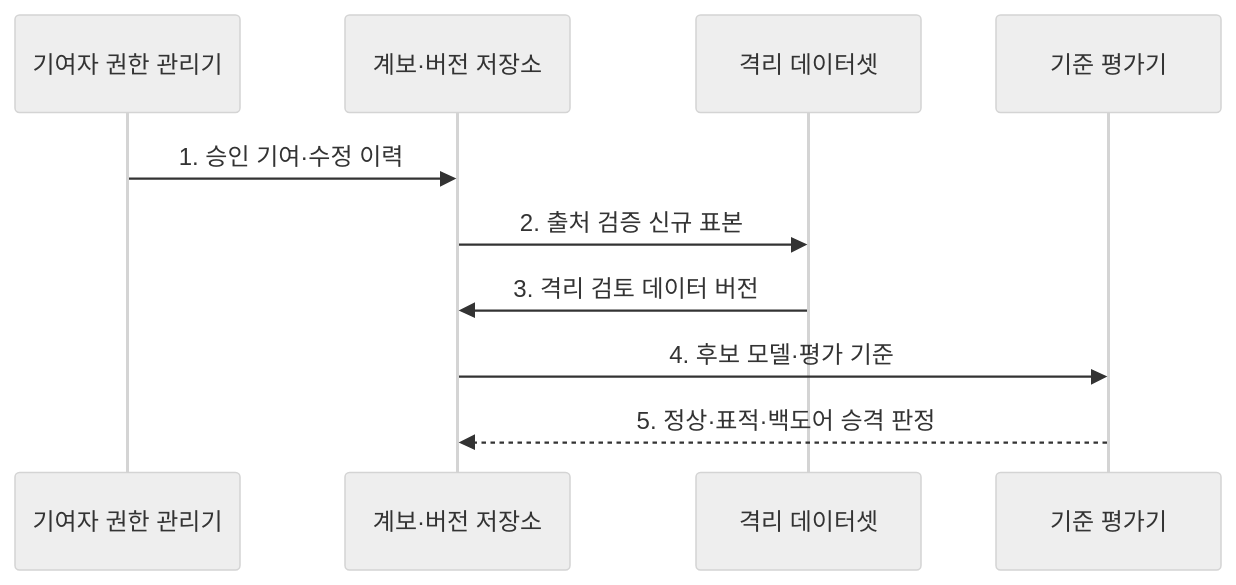
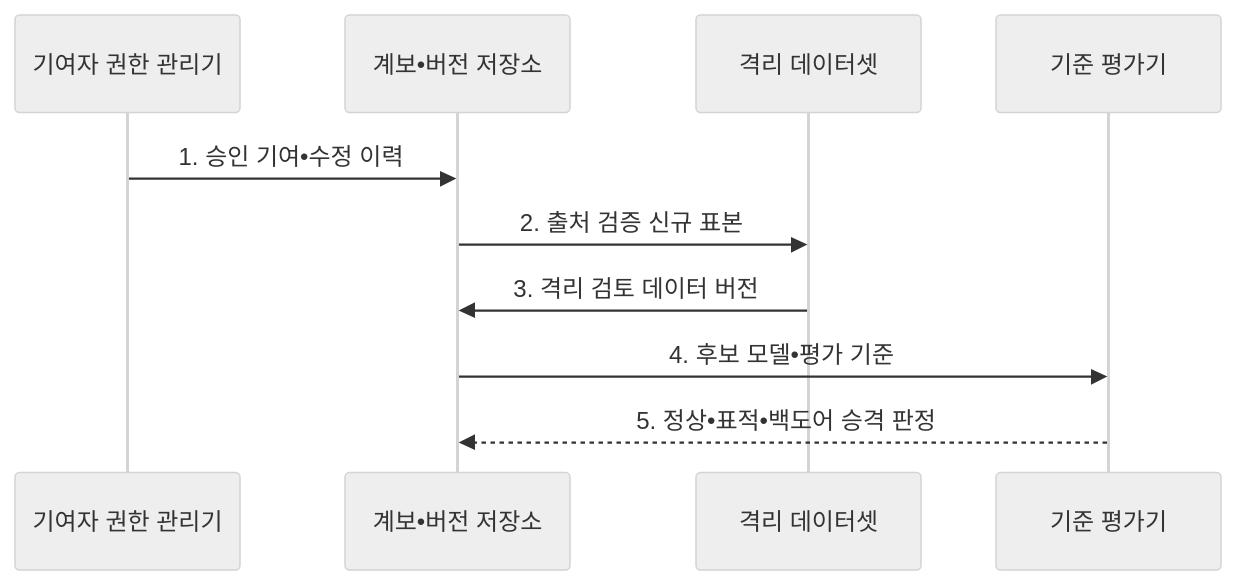
The second of 2 diagrams in src/content/docs/notes/08-latest-tech/121_data_poisoning.md (agnusdei1207/knowledge-base), drawn with Mermaid (neutral theme) before and after one commit. The commit also changed other lines of this file and 953 other files, not shown here.

````diff
--- a/src/content/docs/notes/08-latest-tech/121_data_poisoning.md
+++ b/src/content/docs/notes/08-latest-tech/121_data_poisoning.md
@@ -104,12 +104,12 @@
 ```mermaid
 sequenceDiagram
   participant A as 기여자 권한 관리기
-  participant L as 계보·버전 저장소
+  participant L as 계보•버전 저장소
   participant Q as 격리 데이터셋
   participant E as 기준 평가기
-  A->>L: 1. 승인 기여·수정 이력
+  A->>L: 1. 승인 기여•수정 이력
   L->>Q: 2. 출처 검증 신규 표본
   Q->>L: 3. 격리 검토 데이터 버전
-  L->>E: 4. 후보 모델·평가 기준
-  E-->>L: 5. 정상·표적·백도어 승격 판정
+  L->>E: 4. 후보 모델•평가 기준
+  E-->>L: 5. 정상•표적•백도어 승격 판정
 ```
````
